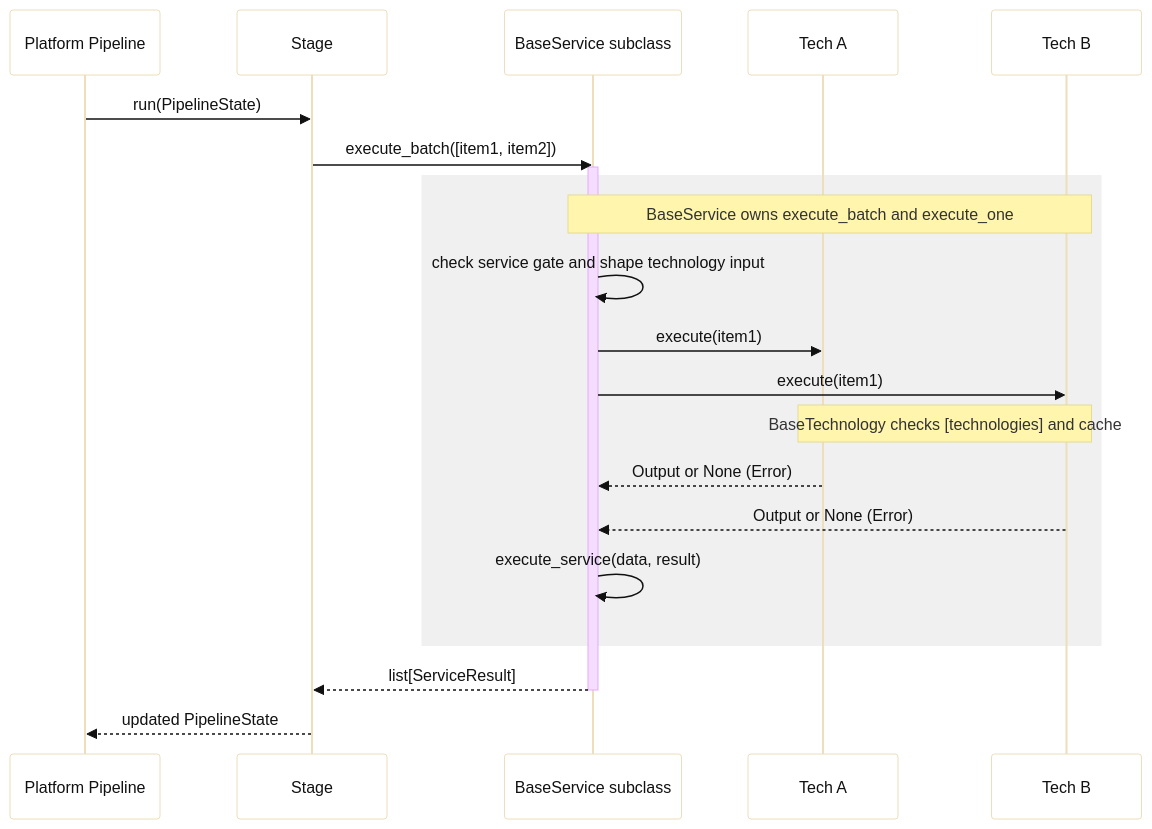
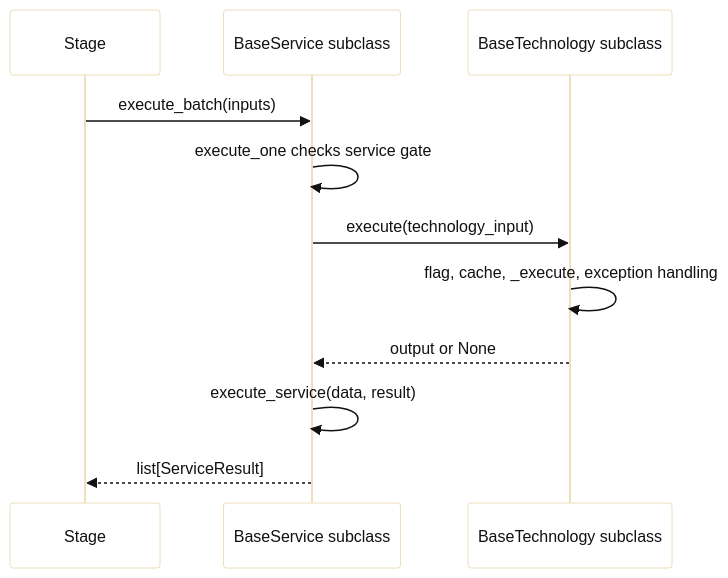
The diagram in docs/diagrams/src/add_service_interaction.mmd (reshinto/social-research-probe), drawn with Mermaid before and after one commit. The commit also changed 107 other files, not shown here.

```diff
--- a/docs/diagrams/src/add_service_interaction.mmd
+++ b/docs/diagrams/src/add_service_interaction.mmd
@@ -1,26 +1,12 @@
 %%{init: {"theme":"base","themeVariables":{"background":"#ffffff","mainBkg":"#ffffff","primaryTextColor":"#111111","lineColor":"#333333","fontFamily":"Arial, sans-serif","clusterBkg":"#ffffff","clusterBorder":"#d0d7de"}}}%%
 sequenceDiagram
-    participant Pipeline as Platform Pipeline
-    participant Stage as Stage
-    participant Service as BaseService subclass
-    participant TechA as Tech A
-    participant TechB as Tech B
-
-    Pipeline->>Stage: run(PipelineState)
-    Stage->>Service: execute_batch([item1, item2])
-    activate Service
-    
-    rect rgb(240, 240, 240)
-        Note over Service, TechB: BaseService owns execute_batch and execute_one
-        Service->>Service: check service gate and shape technology input
-        Service->>TechA: execute(item1)
-        Service->>TechB: execute(item1)
-        Note over TechA, TechB: BaseTechnology checks [technologies] and cache
-        TechA-->>Service: Output or None (Error)
-        TechB-->>Service: Output or None (Error)
-        Service->>Service: execute_service(data, result)
-    end
-    
-    Service-->>Stage: list[ServiceResult]
-    deactivate Service
-    Stage-->>Pipeline: updated PipelineState
+  participant Stage
+  participant Service as BaseService subclass
+  participant Tech as BaseTechnology subclass
+  Stage->>Service: execute_batch(inputs)
+  Service->>Service: execute_one checks service gate
+  Service->>Tech: execute(technology_input)
+  Tech->>Tech: flag, cache, _execute, exception handling
+  Tech-->>Service: output or None
+  Service->>Service: execute_service(data, result)
+  Service-->>Stage: list[ServiceResult]
```
